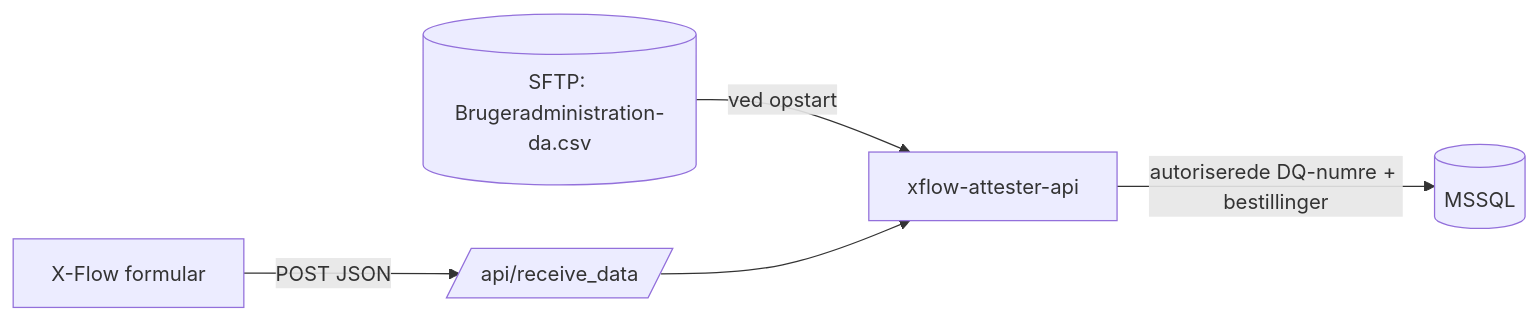
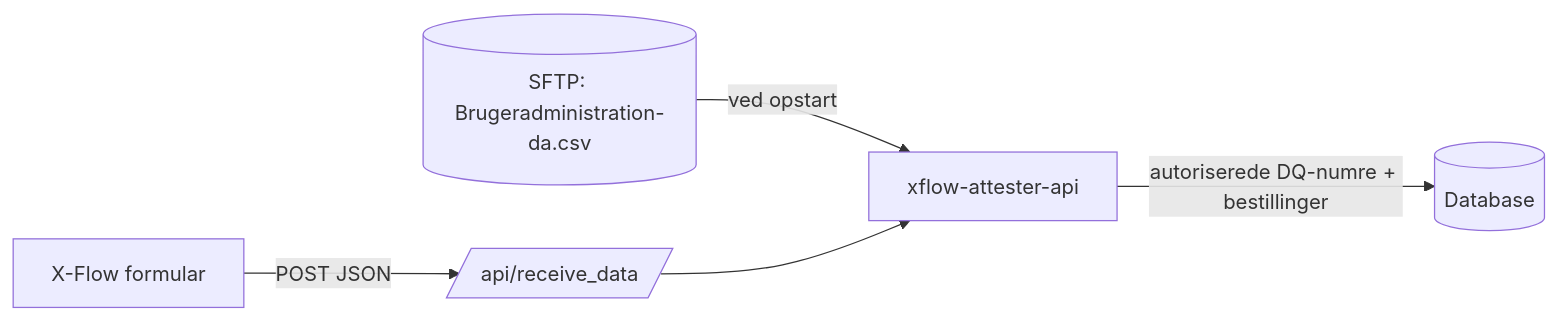
Before and after one commit to Randers-Kommune-Digitalisering/xflow-attester-api: the diagram in README.md, drawn with Mermaid. The commit also changed other lines of this file and 1 other file, not shown here.

````diff
--- a/README.md
+++ b/README.md
@@ -5,7 +5,7 @@
 ```mermaid
 flowchart LR
     XF[X-Flow formular] -- POST JSON --> API[/api/receive_data/]
     SFTP[(SFTP: Brugeradministration-da.csv)] -- ved opstart --> APP[xflow-attester-api]
     API --> APP
-    APP -- autoriserede DQ-numre + bestillinger --> DB[(MSSQL)]
+    APP -- autoriserede DQ-numre + bestillinger --> DB[(Database)]
 ```
````
